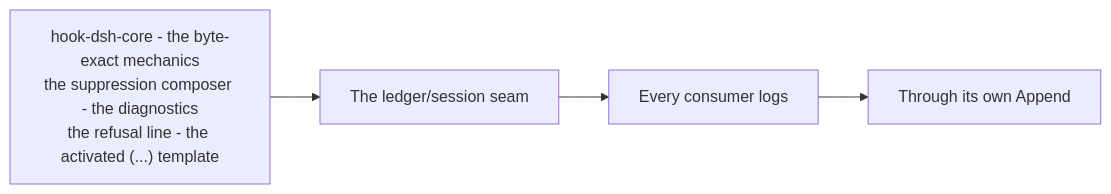
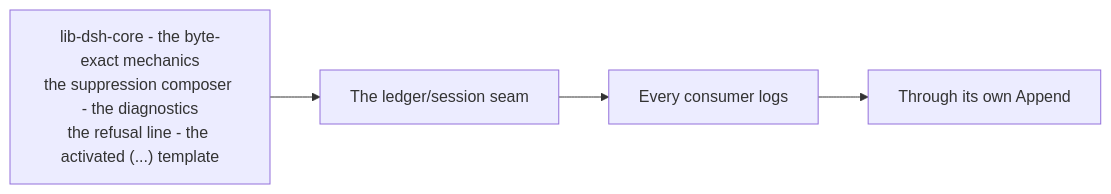
Before and after one commit to PlayForm/Site-DeepSeek: the diagram in Source/Content/Mermaid/core-seam-logging.mmd, drawn with Mermaid. The commit also changed 161 other files, not shown here.

```diff
--- a/Source/Content/Mermaid/core-seam-logging.mmd
+++ b/Source/Content/Mermaid/core-seam-logging.mmd
@@ -1,6 +1,6 @@
 flowchart LR
-	CORE["hook-dsh-core - the byte-exact mechanics<br/>the suppression composer - the diagnostics<br/>the refusal line - the activated (...) template"]
+	CORE["lib-dsh-core - the byte-exact mechanics<br/>the suppression composer - the diagnostics<br/>the refusal line - the activated (...) template"]
 	SEAM["The ledger/session seam"]
 	CONS["Every consumer logs"]
 	APP["Through its own Append"]
 	CORE --> SEAM --> CONS --> APP
```
